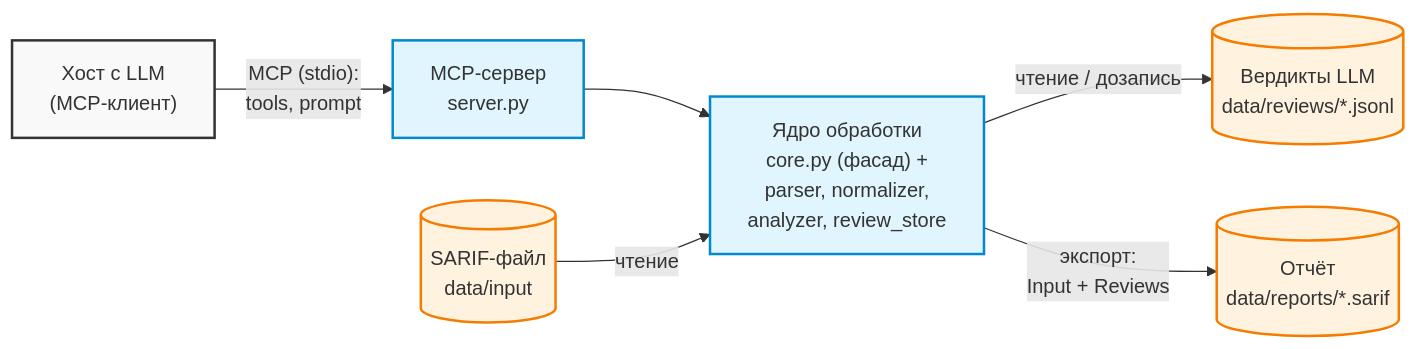
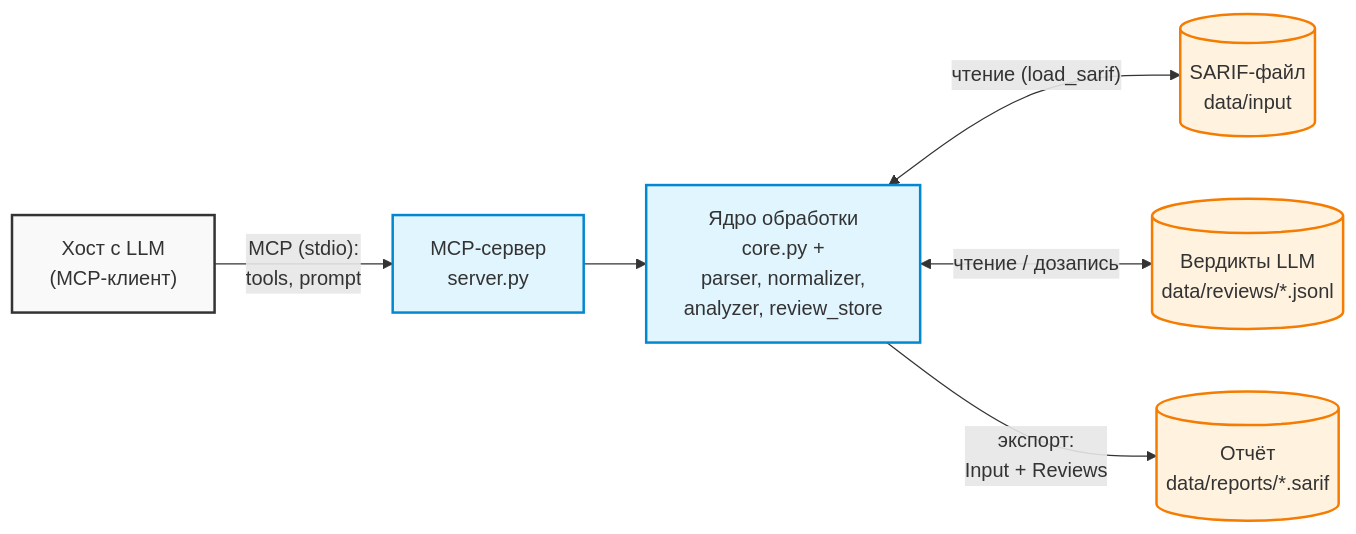
One commit to Otto-7/mcp changed the diagram in docs/architecture.md. Above: the diagram before and after it, drawn with Mermaid.

Commit message:
Refactor architecture diagram for clarity

````diff
--- a/docs/architecture.md
+++ b/docs/architecture.md
@@ -52,23 +52,23 @@
 ```mermaid
 graph LR
-    %% Стили
     classDef host fill:#f9f9f9,stroke:#333,stroke-width:2px;
     classDef app fill:#e1f5fe,stroke:#0288d1,stroke-width:2px;
     classDef db fill:#fff3e0,stroke:#f57c00,stroke-width:2px;
 
-    %% Узлы
     Host["Хост с LLM<br/>(MCP-клиент)"]:::host
     Server["MCP-сервер<br/>server.py"]:::app
-    Core["Ядро обработки<br/>core.py (фасад) +<br/>parser, normalizer,<br/>analyzer, review_store"]:::app
+    Core["Ядро обработки<br/>core.py +<br/>parser, normalizer,<br/>analyzer, review_store"]:::app
     
     SARIF[("SARIF-файл<br/>data/input")]:::db
     Verdicts[("Вердикты LLM<br/>data/reviews/*.jsonl")]:::db
     Report[("Отчёт<br/>data/reports/*.sarif")]:::db
 
-    %% Связи
     Host -- "MCP (stdio):<br/>tools, prompt" --> Server
     Server --> Core
-    SARIF -- "чтение" --> Core
-    Core -- "чтение / дозапись" --> Verdicts
+    
+    Core <-- "чтение (load_sarif)" --> SARIF
+    
+    Core <-- "чтение / дозапись" --> Verdicts
+    
     Core -- "экспорт:<br/>Input + Reviews" --> Report
 ```
````
